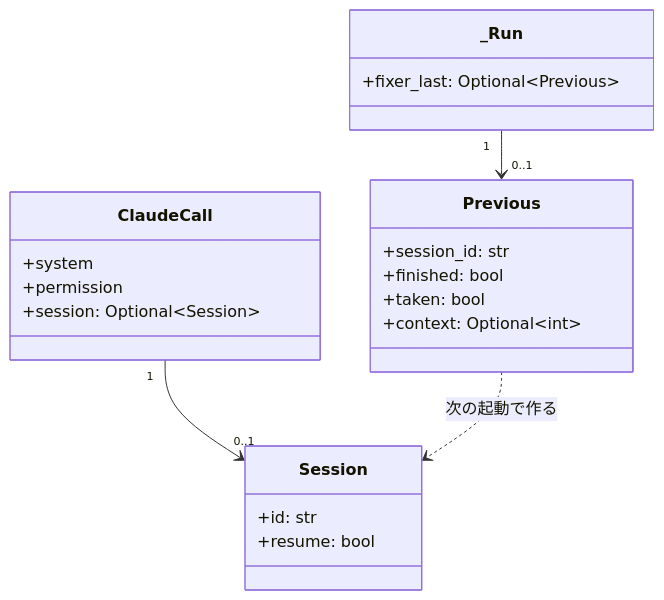
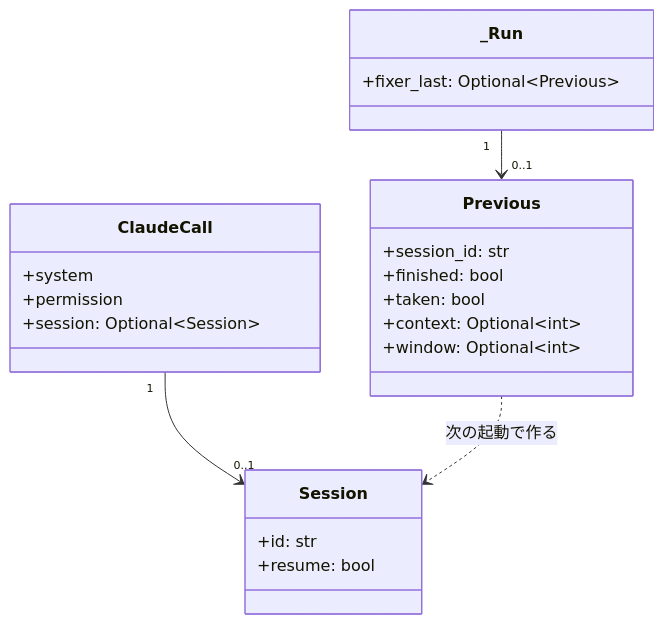
One commit to devbasex/ai-plugins changed the third of 4 diagrams in issues/issue-4013-design.md. Above: the diagram before and after it, drawn with Mermaid. The commit also changed other lines of this file and 1 other file, not shown here.

````diff
--- a/issues/issue-4013-design.md
+++ b/issues/issue-4013-design.md
@@ -74,24 +76,25 @@
 ```mermaid
 classDiagram
   class ClaudeCall {
     +system
     +permission
     +session: Optional~Session~
   }
   class Session {
     +id: str
     +resume: bool
   }
   class _Run {
     +fixer_last: Optional~Previous~
   }
   class Previous {
     +session_id: str
     +finished: bool
     +taken: bool
     +context: Optional~int~
+    +window: Optional~int~
   }
   ClaudeCall "1" --> "0..1" Session
   _Run "1" --> "0..1" Previous
   Previous ..> Session : 次の起動で作る
 ```
````
